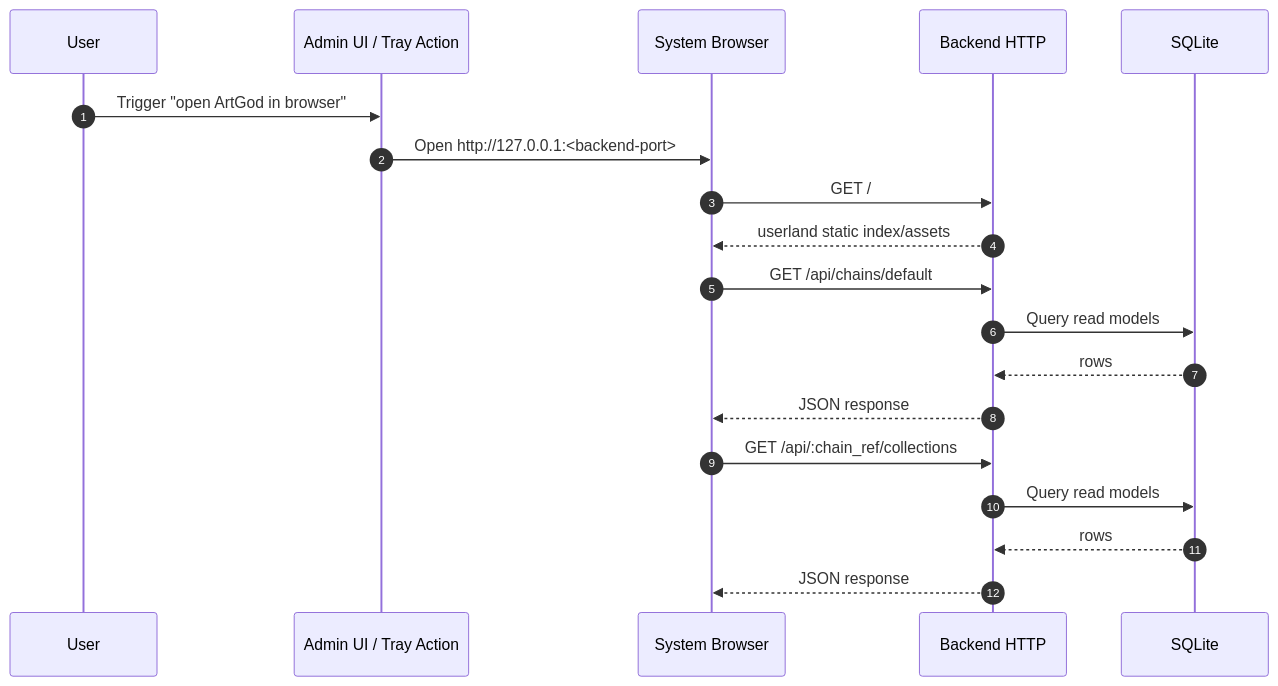
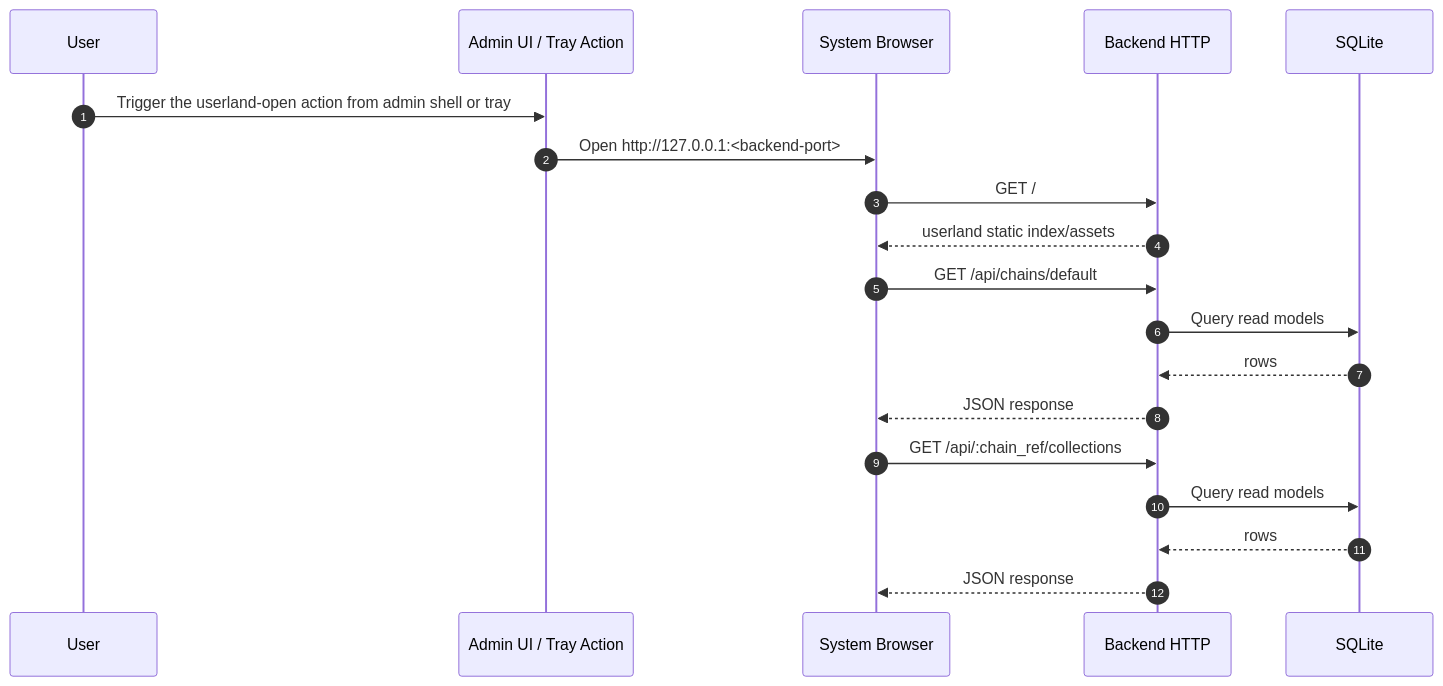
One commit to d347h-eth/artgod changed the diagram in docs/diagrams/04-desktop-userland-request-path.md. Above: the diagram before and after it, drawn with Mermaid. The commit also changed 9 other files, not shown here.

````diff
--- a/docs/diagrams/04-desktop-userland-request-path.md
+++ b/docs/diagrams/04-desktop-userland-request-path.md
@@ -5,25 +5,25 @@
 ```mermaid
 sequenceDiagram
     autonumber
     participant U as User
     participant A as Admin UI / Tray Action
     participant BR as System Browser
     participant BE as Backend HTTP
     participant DB as SQLite
 
-    U->>A: Trigger "open ArtGod in browser"
+    U->>A: Trigger the userland-open action from admin shell or tray
     A->>BR: Open http://127.0.0.1:<backend-port>
 
     BR->>BE: GET /
     BE-->>BR: userland static index/assets
 
     BR->>BE: GET /api/chains/default
     BE->>DB: Query read models
     DB-->>BE: rows
     BE-->>BR: JSON response
 
     BR->>BE: GET /api/:chain_ref/collections
     BE->>DB: Query read models
     DB-->>BE: rows
     BE-->>BR: JSON response
 ```
````
